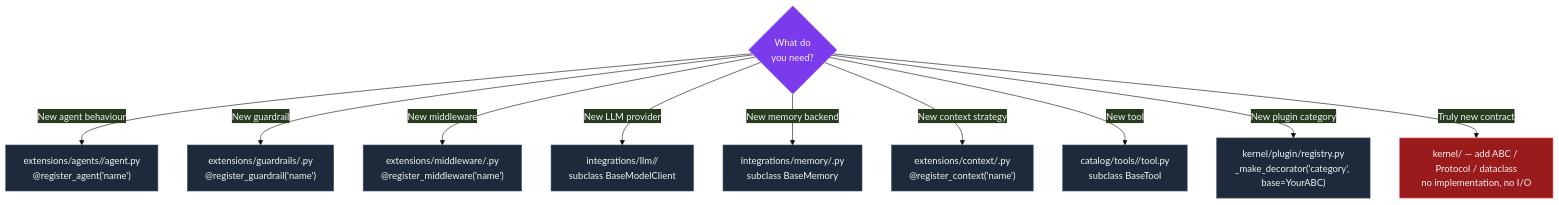
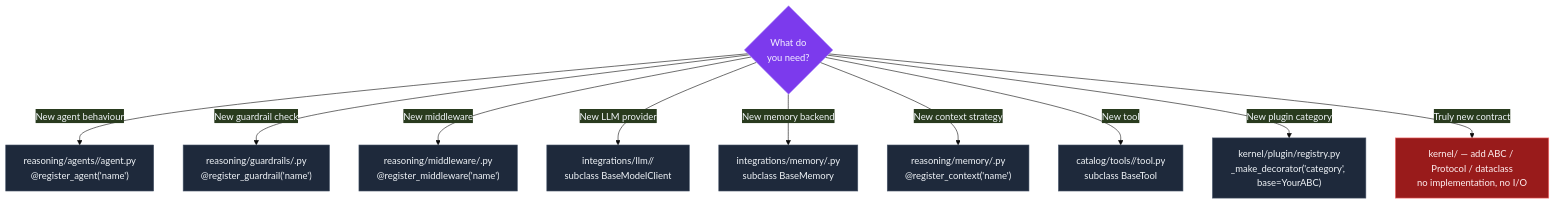
Before and after one commit to Ravikumarchavva/agent-substrate: diagram 18 of 18 in agents/agent-substrate/docs/framework/kernel.md, drawn with Mermaid. The commit also changed other lines of this file and 195 other files, not shown here.

````diff
--- a/agents/agent-substrate/docs/framework/kernel.md
+++ b/agents/agent-substrate/docs/framework/kernel.md
@@ -833,18 +842,18 @@
 ```mermaid
 %%{init: {"theme": "base", "themeVariables": {"primaryColor": "#1e293b", "primaryTextColor": "#f1f5f9", "primaryBorderColor": "#475569"}}}%%
 flowchart TD
-    Q{What do\nyou need?}
+    Q{What do<br/>you need?}
 
-    Q -->|New agent behaviour| E1["extensions/agents/<name>/agent.py\n@register_agent('name')"]
-    Q -->|New guardrail| E2["extensions/guardrails/<name>.py\n@register_guardrail('name')"]
-    Q -->|New middleware| E3["extensions/middleware/<name>.py\n@register_middleware('name')"]
-    Q -->|New LLM provider| E4["integrations/llm/<provider>/\nsubclass BaseModelClient"]
-    Q -->|New memory backend| E5["integrations/memory/<backend>.py\nsubclass BaseMemory"]
-    Q -->|New context strategy| E6["extensions/context/<name>.py\n@register_context('name')"]
-    Q -->|New tool| E7["catalog/tools/<name>/tool.py\nsubclass BaseTool"]
-    Q -->|New plugin category| E8["kernel/plugin/registry.py\n_make_decorator('category', base=YourABC)"]
-    Q -->|Truly new contract| E9["kernel/ — add ABC / Protocol / dataclass\nno implementation, no I/O"]
+    Q -->|New agent behaviour| E1["reasoning/agents/<name>/agent.py<br/>@register_agent('name')"]
+    Q -->|New guardrail check| E2["reasoning/guardrails/<name>.py<br/>@register_guardrail('name')"]
+    Q -->|New middleware| E3["reasoning/middleware/<name>.py<br/>@register_middleware('name')"]
+    Q -->|New LLM provider| E4["integrations/llm/<provider>/<br/>subclass BaseModelClient"]
+    Q -->|New memory backend| E5["integrations/memory/<backend>.py<br/>subclass BaseMemory"]
+    Q -->|New context strategy| E6["reasoning/memory/<name>.py<br/>@register_context('name')"]
+    Q -->|New tool| E7["catalog/tools/<name>/tool.py<br/>subclass BaseTool"]
+    Q -->|New plugin category| E8["kernel/plugin/registry.py<br/>_make_decorator('category', base=YourABC)"]
+    Q -->|Truly new contract| E9["kernel/ — add ABC / Protocol / dataclass<br/>no implementation, no I/O"]
 
     style Q fill:#7c3aed,stroke:#a78bfa,color:#f5f3ff
     style E9 fill:#991b1b,stroke:#f87171,color:#fff1f2
 ```
````
